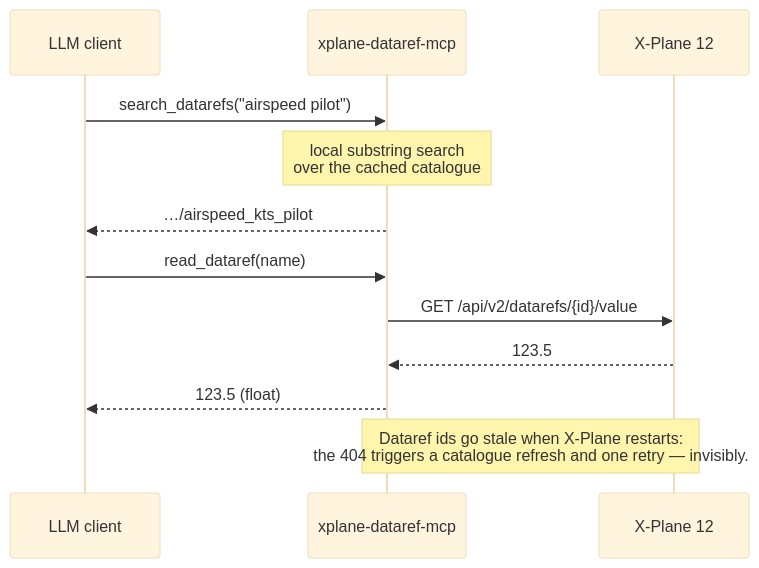
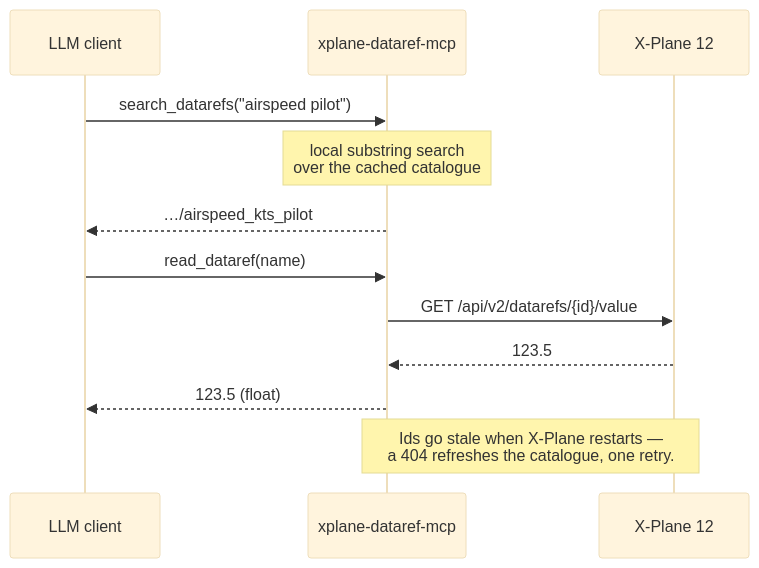
Before and after one commit to Santisoutoo/xplane-dataref-mcp: the second of 2 diagrams in README.md, drawn with Mermaid (base theme).

Commit message:
docs: fit the stale-id note inside its box in the sequence diagram
Mermaid sizes a note to its first line; the longer second line
overflowed. Verified rendered with mermaid 11.

Claude-Session: https://claude.ai/code/session_01HQrR3SoFDgK2h1kQZNu9HV

````diff
--- a/README.md
+++ b/README.md
@@ -39,15 +39,15 @@
 ```mermaid
 sequenceDiagram
     participant LLM as LLM client
     participant S as xplane-dataref-mcp
     participant XP as X-Plane 12
 
     LLM->>S: search_datarefs("airspeed pilot")
     Note over S: local substring search<br/>over the cached catalogue
     S-->>LLM: …/airspeed_kts_pilot
     LLM->>S: read_dataref(name)
     S->>XP: GET /api/v2/datarefs/{id}/value
     XP-->>S: 123.5
     S-->>LLM: 123.5 (float)
-    Note over S,XP: Dataref ids go stale when X-Plane restarts:<br/>the 404 triggers a catalogue refresh and one retry — invisibly.
+    Note over S,XP: Ids go stale when X-Plane restarts —<br/>a 404 refreshes the catalogue, one retry.
 ```
````
